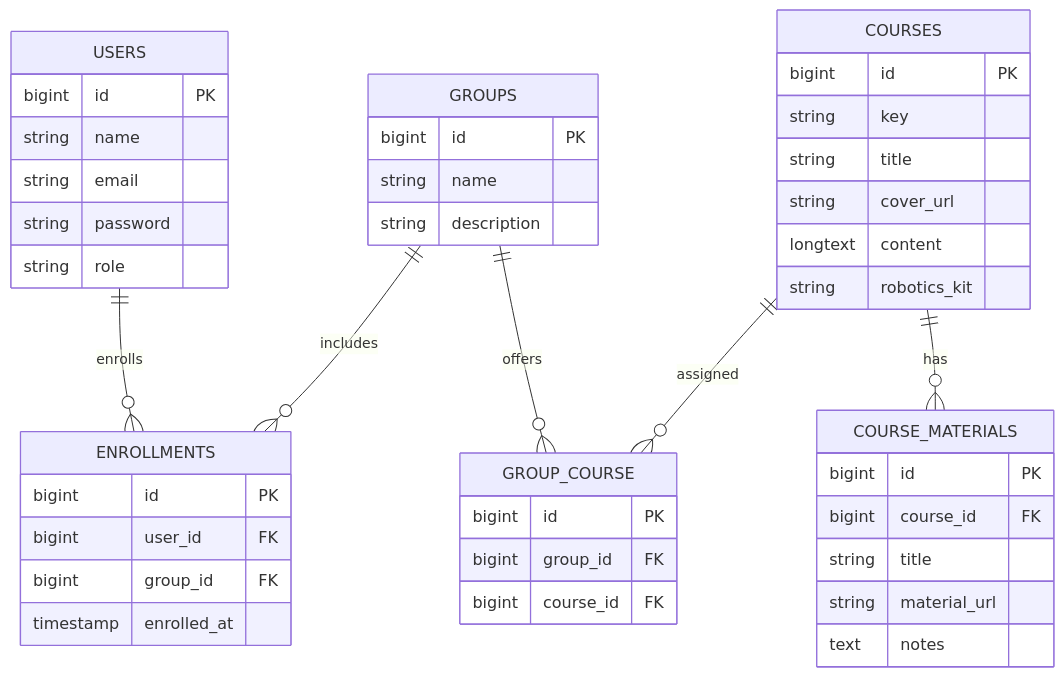
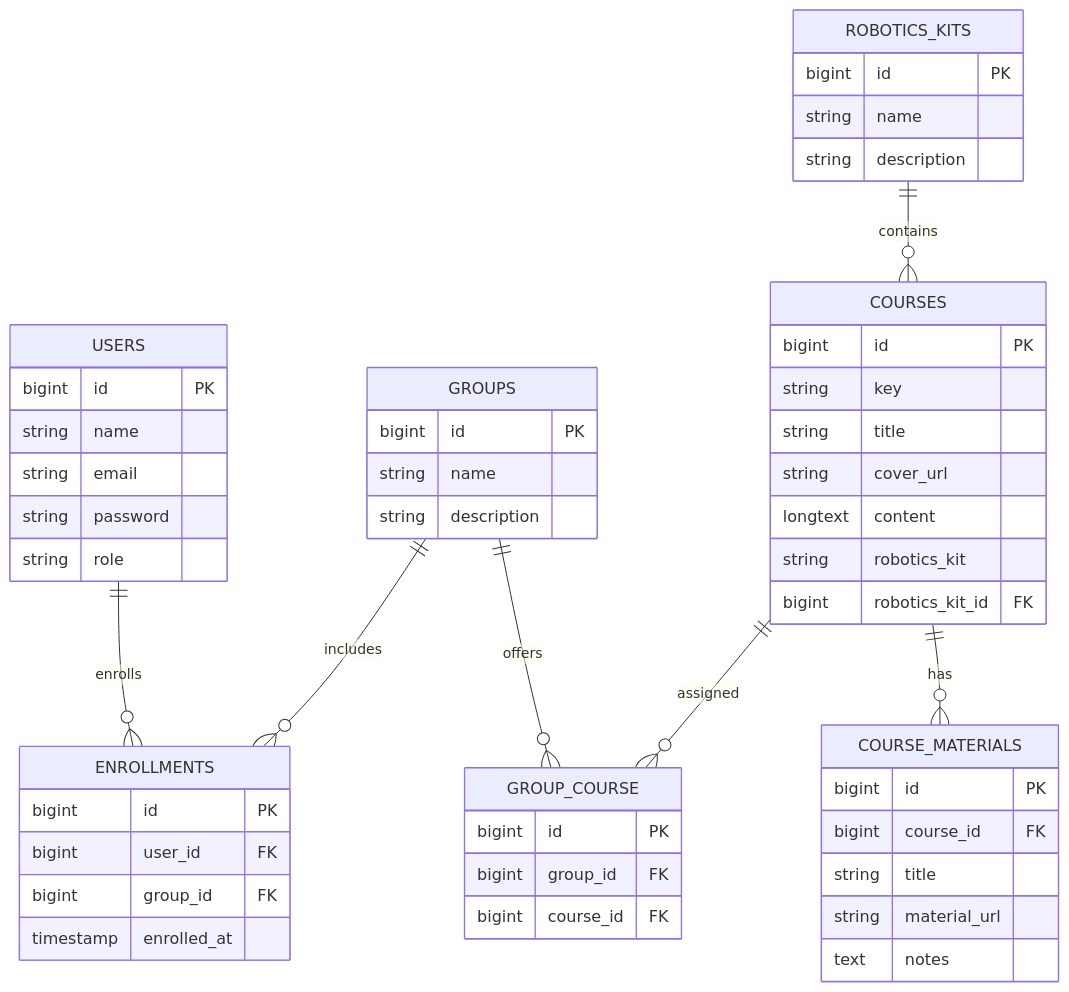
The diagram in docs/er-diagram.mmd (fabiannQM/activity7-homework6-FAQM), drawn with Mermaid before and after one commit. The commit also changed 11 other files, not shown here.

Commit message:
Add seeders, kits, factory, and ER docs

```diff
--- a/docs/er-diagram.mmd
+++ b/docs/er-diagram.mmd
@@ -1,50 +1,58 @@
 erDiagram
     USERS {
         bigint id PK
         string name
         string email
         string password
         string role
     }
 
     GROUPS {
         bigint id PK
         string name
         string description
     }
 
     COURSES {
         bigint id PK
         string key
         string title
         string cover_url
         longtext content
         string robotics_kit
+        bigint robotics_kit_id FK
     }
 
     COURSE_MATERIALS {
         bigint id PK
         bigint course_id FK
         string title
         string material_url
         text notes
     }
 
     ENROLLMENTS {
         bigint id PK
         bigint user_id FK
         bigint group_id FK
         timestamp enrolled_at
     }
 
     GROUP_COURSE {
         bigint id PK
         bigint group_id FK
         bigint course_id FK
     }
 
+    ROBOTICS_KITS {
+        bigint id PK
+        string name
+        string description
+    }
+
     USERS ||--o{ ENROLLMENTS : enrolls
     GROUPS ||--o{ ENROLLMENTS : includes
     GROUPS ||--o{ GROUP_COURSE : offers
     COURSES ||--o{ GROUP_COURSE : assigned
     COURSES ||--o{ COURSE_MATERIALS : has
+    ROBOTICS_KITS ||--o{ COURSES : contains
```
